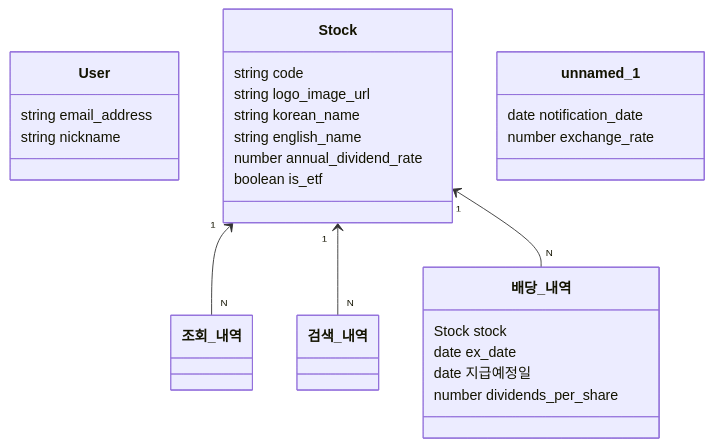
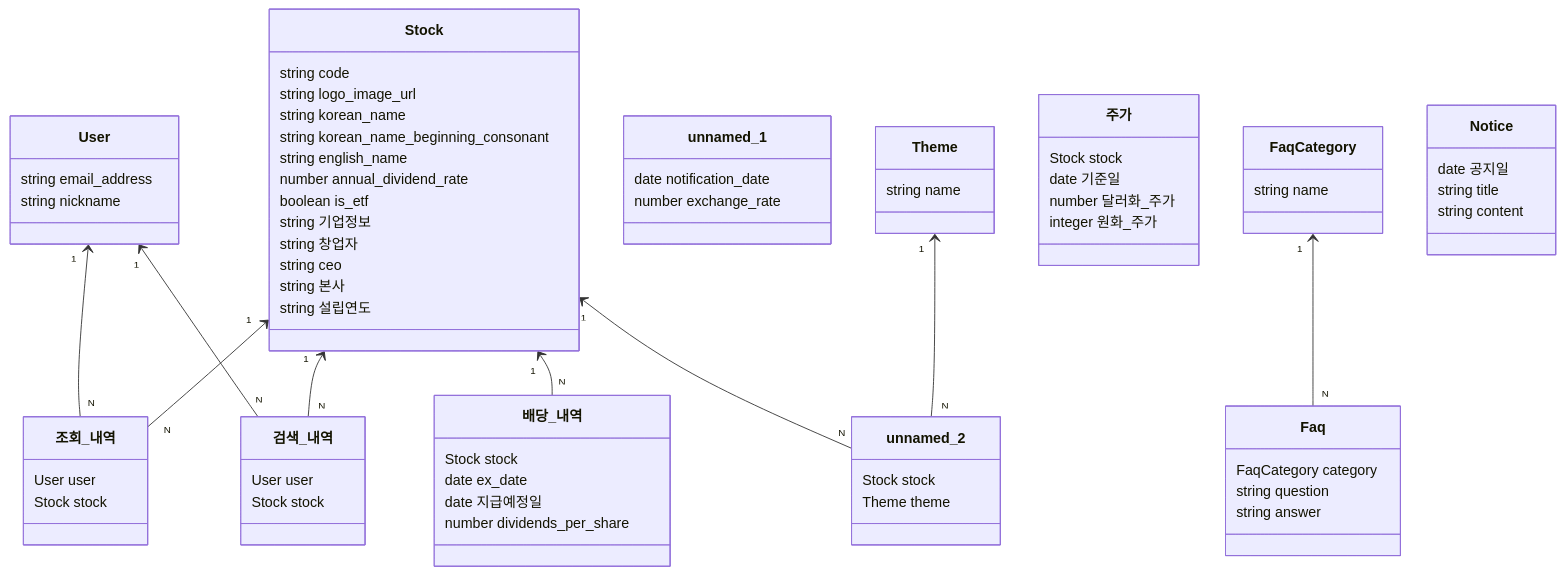
Before and after one commit to ony3000/my-stock: the second of 2 diagrams in backend/diagram.md, drawn with Mermaid. The commit also changed other lines of this file, not shown here.

Commit message:
Define some objects and their fields
This is the object relationship defined based on the screen that non-members can access.

````diff
--- a/backend/diagram.md
+++ b/backend/diagram.md
@@ -27,19 +28,34 @@
   Stock : string logo_image_url
   Stock : string korean_name
   %% It is not exposed in the UI, but is included in the search target.
+  Stock : string korean_name_beginning_consonant
+  %% It is not exposed in the UI, but is included in the search target.
   Stock : string english_name
   Stock : number annual_dividend_rate
   Stock : boolean is_etf
+  Stock : string 기업정보
+  Stock : string 창업자
+  Stock : string ceo
+  Stock : string 본사
+  Stock : string 설립연도
 
   class unnamed_1 {
     date notification_date
     number exchange_rate
   }
 
-  class 조회_내역
+  class 조회_내역 {
+    User user
+    Stock stock
+  }
+  User "1" <-- "N" 조회_내역
   Stock "1" <-- "N" 조회_내역
 
-  class 검색_내역
+  class 검색_내역 {
+    User user
+    Stock stock
+  }
+  User "1" <-- "N" 검색_내역
   Stock "1" <-- "N" 검색_내역
 
   class 배당_내역 {
@@ -49,4 +65,39 @@
     number dividends_per_share
   }
   Stock "1" <-- "N" 배당_내역
+
+  class Theme {
+    string name
+  }
+
+  class unnamed_2 {
+    Stock stock
+    Theme theme
+  }
+  Stock "1" <-- "N" unnamed_2
+  Theme "1" <-- "N" unnamed_2
+
+  class 주가 {
+    Stock stock
+    date 기준일
+    number 달러화_주가
+    integer 원화_주가
+  }
+
+  class FaqCategory {
+    string name
+  }
+
+  class Faq {
+    FaqCategory category
+    string question
+    string answer
+  }
+  FaqCategory "1" <-- "N" Faq
+
+  class Notice {
+    date 공지일
+    string title
+    string content
+  }
 ```
````
